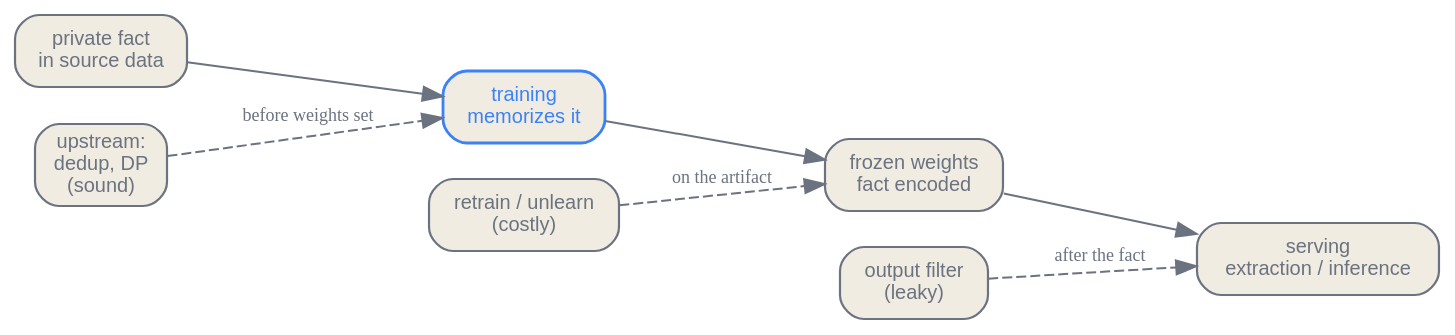
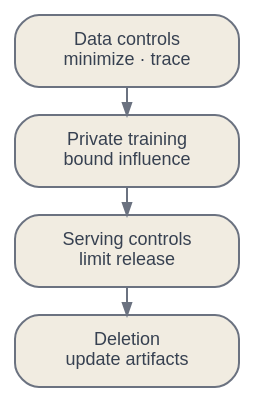
Before and after one commit to latere-ai/ai-as-an-infrastructure: the diagram in en/safety/06-privacy-provenance-unlearning.qmd, drawn with Graphviz. The commit also changed other lines of this file and 5 other files, not shown here.

Commit message:
docs: rewrite privacy provenance and unlearning

````diff
--- a/en/safety/06-privacy-provenance-unlearning.qmd
+++ b/en/safety/06-privacy-provenance-unlearning.qmd
@@ -51,25 +69,20 @@
 ```{dot}
-//| label: fig-privacy-lifecycle
-//| fig-cap: "The lifecycle of a private fact through the stack, and the three places one can intervene. Upstream controls (dedup, differential privacy) act before the weights set; retraining or unlearning acts on the frozen artifact at high cost; a downstream output filter is the tempting and weakest option, because it cannot remove what the weights already encoded."
+//| label: fig-privacy-controls
+//| fig-cap: "Privacy controls act at different points and support different claims. Data controls reduce what enters training; private training bounds influence for a declared unit; serving controls reduce what is released; deletion changes or retires affected artifacts."
 digraph privacy {
-  rankdir=LR;
+  rankdir=TB;
   bgcolor="transparent";
-  node [shape=box, style="rounded,filled", fontname="Helvetica", fontsize=10, color="#6b7280", fontcolor="#6b7280", fillcolor="#f1ece1", penwidth=1.1];
-  edge [color="#6b7280", fontcolor="#6b7280", fontsize=9];
+  graph [nodesep=0.16, ranksep=0.20];
+  node [shape=box, style="rounded,filled", fontname="Helvetica", fontsize=9,
+        color="#6b7280", fontcolor="#374151", fillcolor="#f1ece1",
+        margin="0.08,0.05", width=1.55];
+  edge [color="#6b7280", fontcolor="#6b7280", fontsize=8, arrowsize=0.6];
 
-  fact  [label="private fact\nin source data"];
-  train [label="training\nmemorizes it", color="#3b82f6", fontcolor="#3b82f6", penwidth=1.4];
-  weights [label="frozen weights\nfact encoded"];
-  serve [label="serving\nextraction / inference"];
+  data [label="Data controls\nminimize · trace"];
+  train [label="Private training\nbound influence"];
+  serve [label="Serving controls\nlimit release"];
+  delete [label="Deletion\nupdate artifacts"];
 
-  fact -> train -> weights -> serve;
-
-  up   [label="upstream:\ndedup, DP\n(sound)"];
-  re   [label="retrain / unlearn\n(costly)"];
-  down [label="output filter\n(leaky)"];
-
-  up -> train [style=dashed, label="before weights set"];
-  re -> weights [style=dashed, label="on the artifact"];
-  down -> serve [style=dashed, label="after the fact"];
+  data -> train -> serve -> delete;
 }
 ```
````
